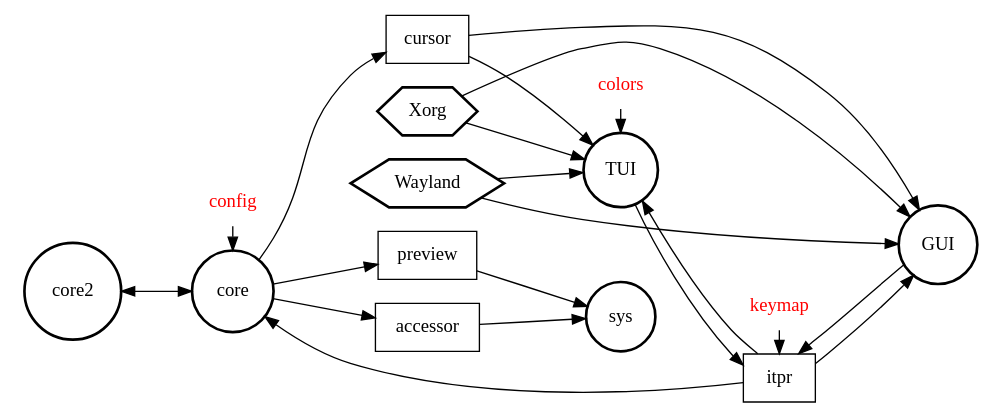
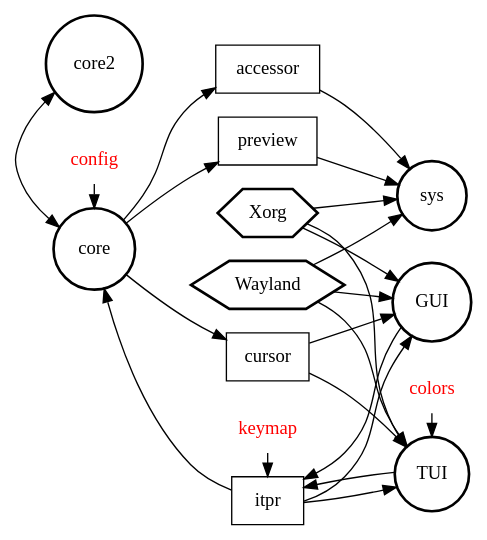
The diagram in arch.dot (miur/miur), drawn with Graphviz before and after one commit.

Commit message:
[gv] fix arch

```diff
--- a/arch.dot
+++ b/arch.dot
@@ -1,60 +1,63 @@
 digraph G {
-  graph [rankdir="LR" overlap=false root=core ratio=0.4];
+  graph [rankdir="LR"]
 
-  node [shape=none fontcolor=red];
-  cfg [label="config"];
-  col [label="colors"];
-  map [label="keymap"];
+  node [shape=none fontcolor=red]
+  cfg [label="config"]
+  col [label="colors"]
+  map [label="keymap"]
 
-  node [shape=box style=solid fontcolor=black];
-  itpr [label="itpr"];
-  acsr [label="accessor"];
-  prvw [label="preview"];
-  curs [label="cursor"];
+  node [shape=box style=solid fontcolor=black]
+  itpr [label="itpr"]
+  curs [label="cursor"]
+  acsr [label="accessor"]
+  prvw [label="preview"]
 
-  node [shape=hexagon style=bold fontcolor=black];
-  X  [label="Xorg"];
-  W  [label="Wayland"];
+  node [shape=hexagon style=bold fontcolor=black]
+  X  [label="Xorg"]
+  W  [label="Wayland"]
 
-  node [shape=circle style=bold fontcolor=black];
-  ui [label="TUI"];
-  ui2 [label="GUI"];
-  core [label="core"];
+  node [shape=circle style=bold fontcolor=black]
+  ui [label="TUI"]
+  ui2 [label="GUI"]
+  core [label="core"]
 
-  edge [fontsize=9 fontcolor=gray];
-  X -> ui, ui2;
-  W -> ui, ui2;
+  edge [fontsize=9 fontcolor=gray]
+  X -> ui, ui2
+  W -> ui, ui2
 
-  ui, ui2 -> itpr -> core;
+  ui, ui2 -> itpr -> core
+  itpr -> ui // [label="cmds"]
+  itpr -> ui2
+  curs -> ui2
 
-  itpr -> ui; // [label="cmds"];
+  core2 -> core [dir=both]
+  acsr, prvw -> sys
+  X, W -> sys
 
-  itpr -> ui2;
-  curs -> ui2;
+  core -> prvw
+  core -> acsr
+  core -> curs
+  curs -> ui
 
-  core2 -> core [dir=both];
-  acsr, prvw -> sys;
+  // edge [constraint=false]
+  col -> ui
+  cfg -> core // [label="behaviour"]
+  map -> itpr // [label="dispatch"]
 
-  core -> prvw;
-  core -> acsr;
-  core -> curs;
-  curs -> ui;
-
-  // edge [constraint=false];
-  col -> ui;
-  cfg -> core; // [label="behaviour"];
-  map -> itpr; // [label="dispatch"];
-
-  // R -> ui, core, itpr, X [shape=none];
+  // R -> ui, core, itpr, X [shape=none]
 
 
   // { rank="same"; X; ui; itpr; core; }
   // { rank="same"; ui; core; }
   // { rank="same"; col; map; cfg; }
   // { rank="same"; acsr; prvw; }
   // { rank="same"; itpr; curs; }
   { rank="same"; cfg; core; }
   { rank="same"; col; ui; }
-  { rank="same"; map; itpr; }
+  { rank="same"; map; itpr; curs; }
+  { rank="same"; ui; ui2; }
+  { rank="same"; acsr; prvw; }
+  { rank="same"; X; W; }
+  { rank="same"; core; core2; }
   // subgraph cluster_gui { ui, X; }
 }
```
